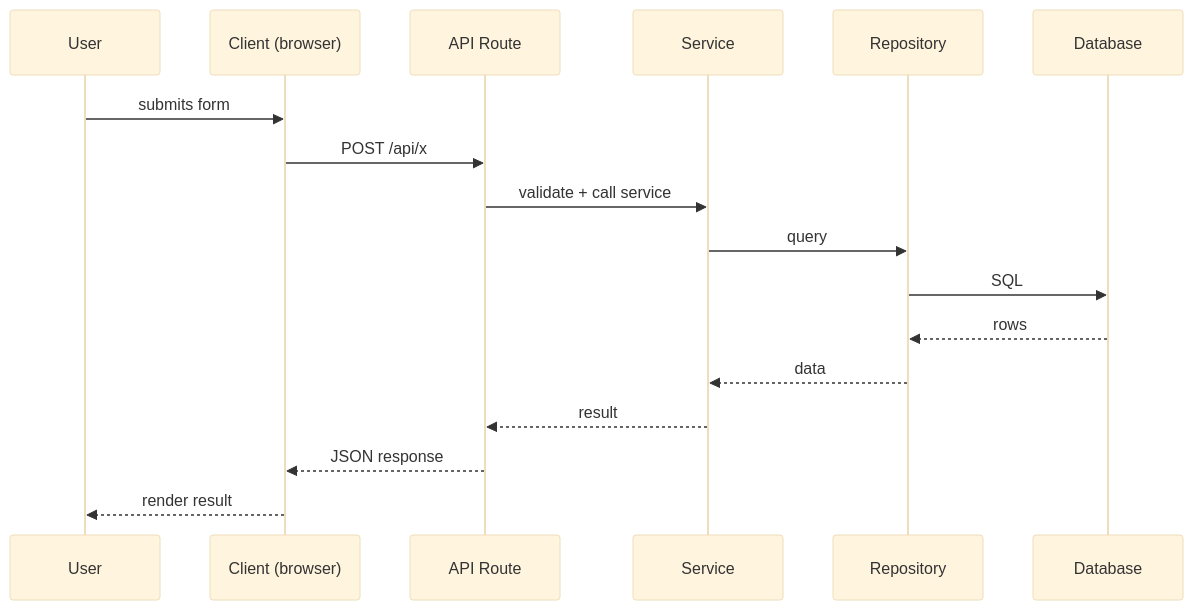
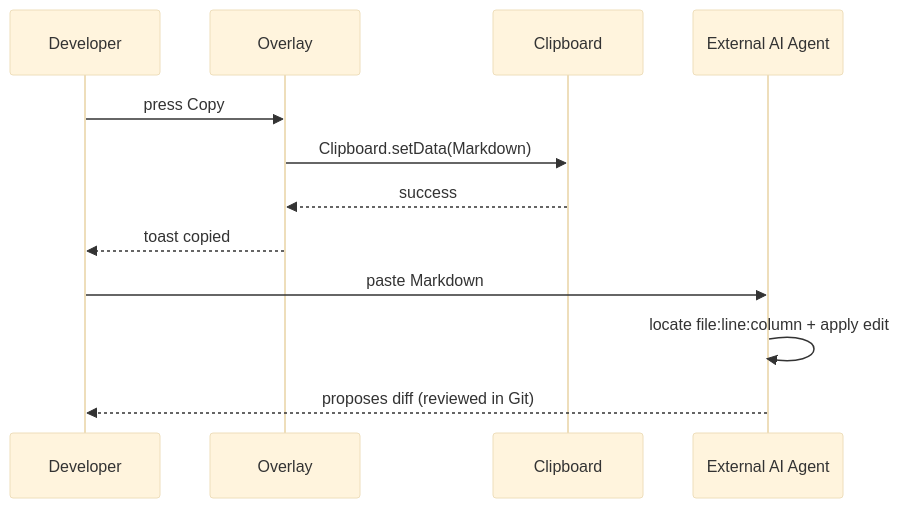
The seventh of 8 diagrams in context/flow.md (aditya452007/Flutter_Agentation), drawn with Mermaid (base theme) before and after one commit. The commit also changed other lines of this file and 127 other files, not shown here.

````diff
--- a/context/flow.md
+++ b/context/flow.md
@@ -69,20 +157,15 @@
 ```mermaid
 sequenceDiagram
-    participant U as User
-    participant C as Client (browser)
-    participant A as API Route
-    participant S as Service
-    participant R as Repository
-    participant D as Database
+    participant U as Developer
+    participant O as Overlay
+    participant CB as Clipboard
+    participant A as External AI Agent
 
-    U->>C: submits form
-    C->>A: POST /api/x
-    A->>S: validate + call service
-    S->>R: query
-    R->>D: SQL
-    D-->>R: rows
-    R-->>S: data
-    S-->>A: result
-    A-->>C: JSON response
-    C-->>U: render result
+    U->>O: press Copy
+    O->>CB: Clipboard.setData(Markdown)
+    CB-->>O: success
+    O-->>U: toast copied
+    U->>A: paste Markdown
+    A->>A: locate file:line:column + apply edit
+    A-->>U: proposes diff (reviewed in Git)
 ```
````
